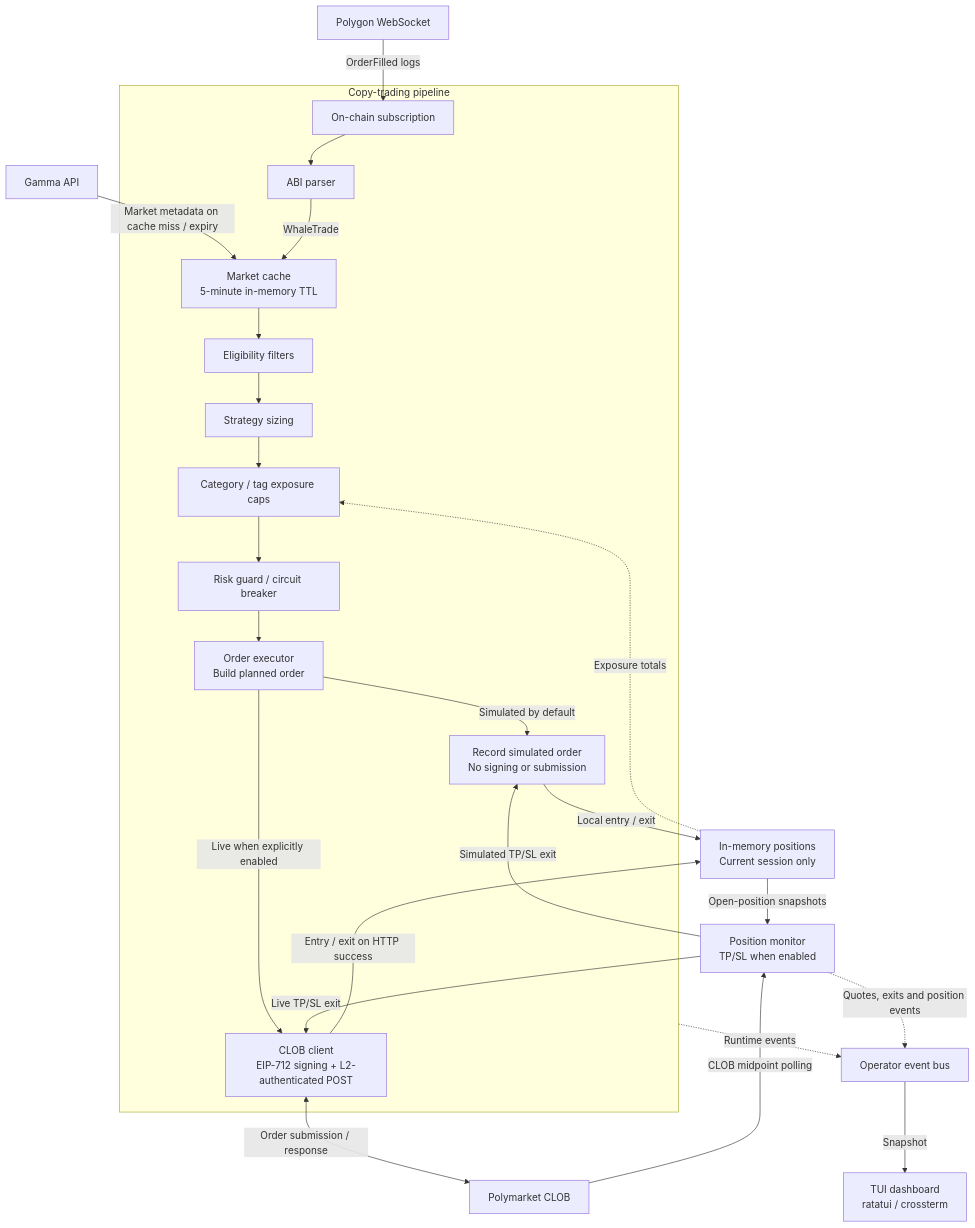
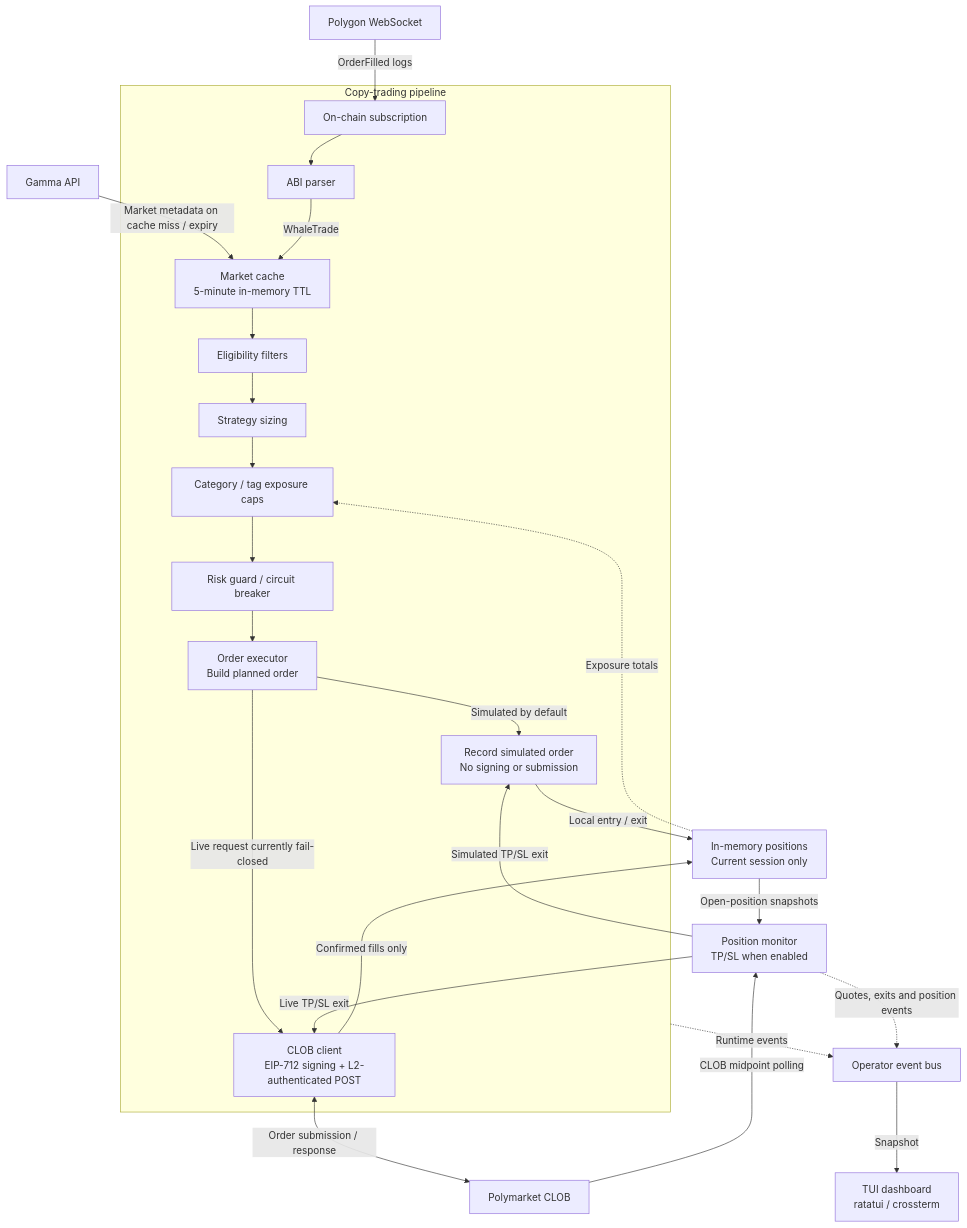
One commit to DrunkTrader/polycrab changed the diagram in docs/ARCHITECTURE.md. Above: the diagram before and after it, drawn with Mermaid. The commit also changed other lines of this file and 121 other files, not shown here.

````diff
--- a/docs/ARCHITECTURE.md
+++ b/docs/ARCHITECTURE.md
@@ -7,30 +7,30 @@
 ```mermaid
 flowchart TD
     polygon["Polygon WebSocket"] -->|OrderFilled logs| subscription
     gamma["Gamma API"] -->|Market metadata on cache miss / expiry| cache
 
     subgraph pipeline["Copy-trading pipeline"]
         subscription["On-chain subscription"] --> parser["ABI parser"]
         parser -->|WhaleTrade| cache["Market cache<br/>5-minute in-memory TTL"]
         cache --> eligibility["Eligibility filters"]
         eligibility --> sizing["Strategy sizing"]
         sizing --> exposure["Category / tag exposure caps"]
         exposure --> risk["Risk guard / circuit breaker"]
         risk --> executor["Order executor<br/>Build planned order"]
         executor -->|Simulated by default| simulated["Record simulated order<br/>No signing or submission"]
-        executor -->|Live when explicitly enabled| live["CLOB client<br/>EIP-712 signing + L2-authenticated POST"]
+        executor -->|Live request currently fail-closed| live["CLOB client<br/>EIP-712 signing + L2-authenticated POST"]
     end
 
     simulated -->|Local entry / exit| positions["In-memory positions<br/>Current session only"]
     live <-->|Order submission / response| clob["Polymarket CLOB"]
-    live -->|Entry / exit on HTTP success| positions
+    live -->|Confirmed fills only| positions
     positions -.->|Exposure totals| exposure
     positions -->|Open-position snapshots| monitor["Position monitor<br/>TP/SL when enabled"]
     clob -->|CLOB midpoint polling| monitor
     monitor -->|Simulated TP/SL exit| simulated
     monitor -->|Live TP/SL exit| live
 
     pipeline -.->|Runtime events| bus["Operator event bus"]
     monitor -.->|Quotes, exits and position events| bus
     bus -->|Snapshot| dashboard["TUI dashboard<br/>ratatui / crossterm"]
 ```
````
